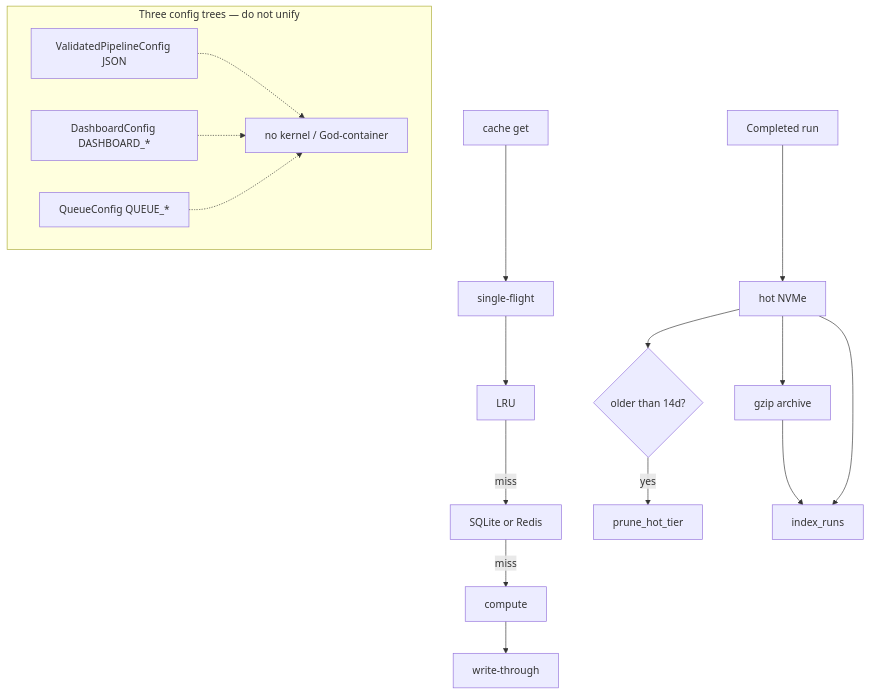
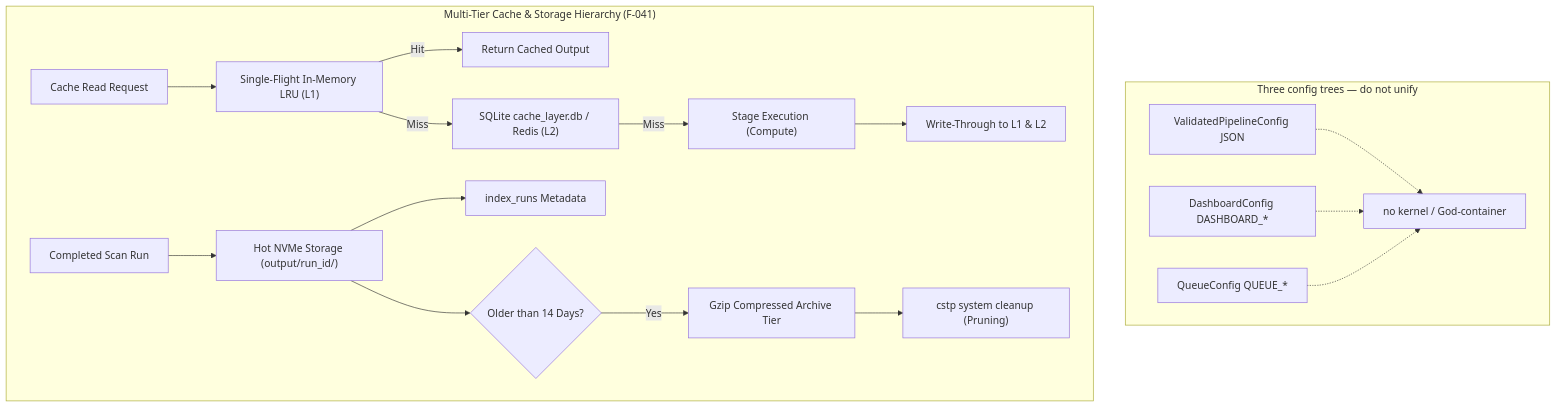
Before and after one commit to AviralGup7/Singularity-Zero: diagram 13 of 14 in docs/flowchart.md, drawn with Mermaid. The commit also changed other lines of this file, not shown here.

````diff
--- a/docs/flowchart.md
+++ b/docs/flowchart.md
@@ -589,22 +653,24 @@
 ```mermaid
 flowchart TD
     subgraph Config["Three config trees — do not unify"]
-        ScanCfg["ValidatedPipelineConfig JSON"]
-        DashCfg["DashboardConfig DASHBOARD_*"]
-        QueueCfg["QueueConfig QUEUE_*"]
-        ScanCfg -.-> NoGod["no kernel / God-container"]
+        ScanCfg["ValidatedPipelineConfig JSON"]:::impl
+        DashCfg["DashboardConfig DASHBOARD_*"]:::impl
+        QueueCfg["QueueConfig QUEUE_*"]:::impl
+        ScanCfg -.-> NoGod["no kernel / God-container"]:::forbidden
         DashCfg -.-> NoGod
         QueueCfg -.-> NoGod
     end
-    Call["cache get"] --> SF["single-flight"]
-    SF --> Mem["LRU"]
-    Mem -->|miss| Persist["SQLite or Redis"]
-    Persist -->|miss| Origin["compute"]
-    Origin --> Write["write-through"]
-    Done["Completed run"] --> Hot["hot NVMe"]
-    Hot --> Arch["gzip archive"]
-    Hot --> Prune{"older than 14d?"}
-    Prune -->|yes| Drop["prune_hot_tier"]
-    Arch --> Index["index_runs"]
-    Hot --> Index
+
+    subgraph MultiTierCache["Multi-Tier Cache & Storage Hierarchy (F-041)"]
+        Call["Cache Read Request"]:::impl --> SF["Single-Flight In-Memory LRU (L1)"]:::impl
+        SF -->|Hit| Return["Return Cached Output"]:::impl
+        SF -->|Miss| Persist["SQLite cache_layer.db / Redis (L2)"]:::impl
+        Persist -->|Miss| Origin["Stage Execution (Compute)"]:::impl
+        Origin --> Write["Write-Through to L1 & L2"]:::impl
+        Done["Completed Scan Run"]:::impl --> Hot["Hot NVMe Storage (output/run_id/)"]:::impl
+        Hot --> Index["index_runs Metadata"]:::impl
+        Hot --> PruneCheck{"Older than 14 Days?"}:::impl
+        PruneCheck -->|Yes| Arch["Gzip Compressed Archive Tier"]:::impl
+        Arch --> PruneJob["cstp system cleanup (Pruning)"]:::impl
+    end
 ```
````
